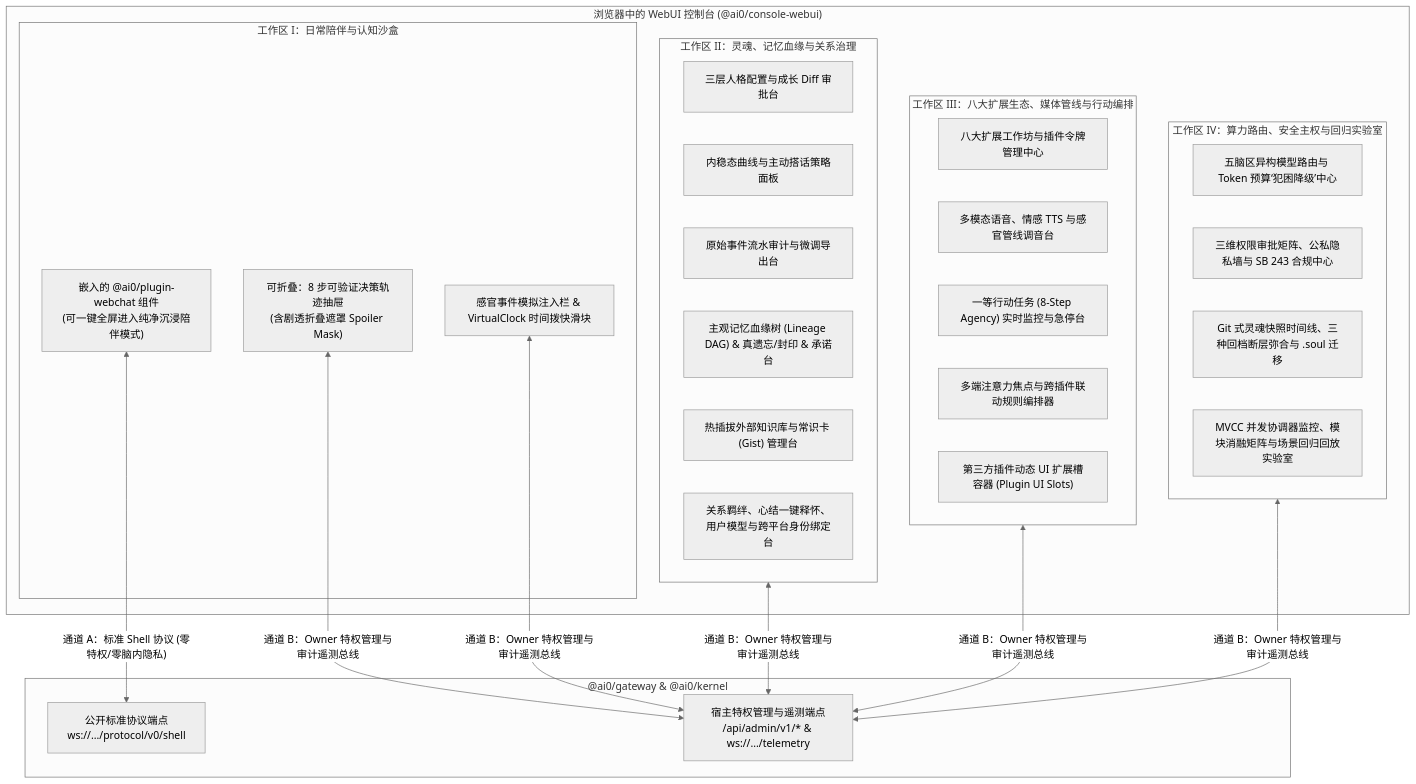
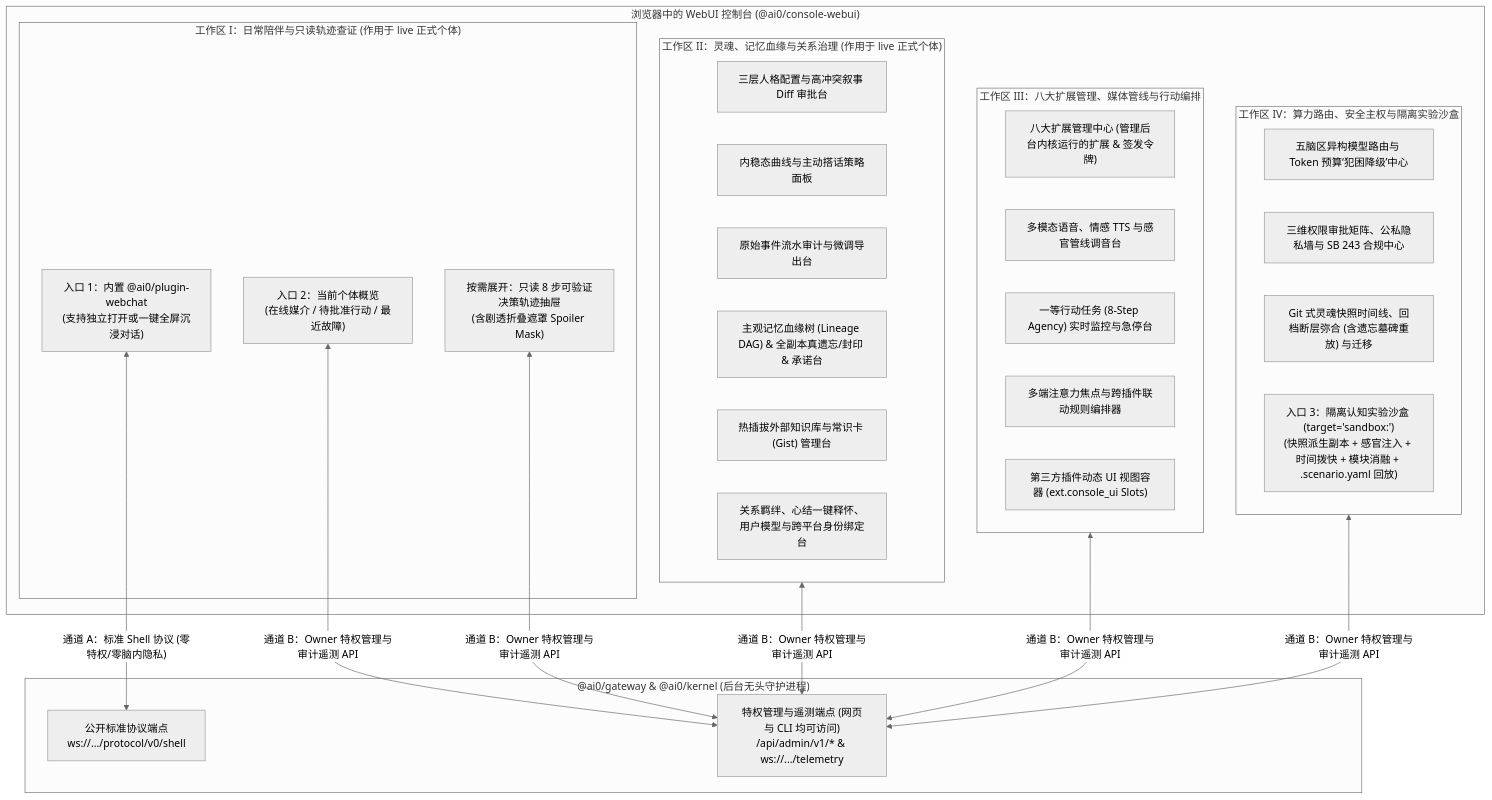
The diagram in docs/architecture/06-webui-console-and-observability-arch.md (reina0721/ai0), drawn with Mermaid (neutral theme) before and after one commit. The commit also changed other lines of this file and 6 other files, not shown here.

````diff
--- a/docs/architecture/06-webui-console-and-observability-arch.md
+++ b/docs/architecture/06-webui-console-and-observability-arch.md
@@ -11,42 +19,42 @@
 ```mermaid
 flowchart TB
     subgraph Browser["浏览器中的 WebUI 控制台 (@ai0/console-webui)"]
-        subgraph W1["工作区 I：日常陪伴与认知沙盒"]
-            WebChatEmbed["嵌入的 @ai0/plugin-webchat 组件<br/>(可一键全屏进入纯净沉浸陪伴模式)"]
-            TraceDrawer["可折叠：8 步可验证决策轨迹抽屉<br/>(含剧透折叠遮罩 Spoiler Mask)"]
-            SimBar["感官事件模拟注入栏 & VirtualClock 时间拨快滑块"]
+        subgraph W1["工作区 I：日常陪伴与只读轨迹查证 (作用于 live 正式个体)"]
+            WebChatEmbed["入口 1：内置 @ai0/plugin-webchat<br/>(支持独立打开或一键全屏沉浸对话)"]
+            LiveOverview["入口 2：当前个体概览<br/>(在线媒介 / 待批准行动 / 最近故障)"]
+            TraceDrawer["按需展开：只读 8 步可验证决策轨迹抽屉<br/>(含剧透折叠遮罩 Spoiler Mask)"]
         end
 
-        subgraph W2["工作区 II：灵魂、记忆血缘与关系治理"]
-            P5["三层人格配置与成长 Diff 审批台"]
+        subgraph W2["工作区 II：灵魂、记忆血缘与关系治理 (作用于 live 正式个体)"]
+            P5["三层人格配置与高冲突叙事 Diff 审批台"]
             P6["内稳态曲线与主动搭话策略面板"]
             P7["原始事件流水审计与微调导出台"]
-            P8["主观记忆血缘树 (Lineage DAG) & 真遗忘/封印 & 承诺台"]
+            P8["主观记忆血缘树 (Lineage DAG) & 全副本真遗忘/封印 & 承诺台"]
             P9["热插拔外部知识库与常识卡 (Gist) 管理台"]
             P10["关系羁绊、心结一键释怀、用户模型与跨平台身份绑定台"]
         end
 
-        subgraph W3["工作区 III：八大扩展生态、媒体管线与行动编排"]
-            P11["八大扩展工作坊与插件令牌管理中心"]
+        subgraph W3["工作区 III：八大扩展管理、媒体管线与行动编排"]
+            P11["八大扩展管理中心 (管理后台内核运行的扩展 & 签发令牌)"]
             P12["多模态语音、情感 TTS 与感官管线调音台"]
             P13["一等行动任务 (8-Step Agency) 实时监控与急停台"]
             P14["多端注意力焦点与跨插件联动规则编排器"]
-            P15["第三方插件动态 UI 扩展槽容器 (Plugin UI Slots)"]
+            P15["第三方插件动态 UI 视图容器 (ext.console_ui Slots)"]
         end
 
-        subgraph W4["工作区 IV：算力路由、安全主权与回归实验室"]
+        subgraph W4["工作区 IV：算力路由、安全主权与隔离实验沙盒"]
             P16["五脑区异构模型路由与 Token 预算‘犯困降级’中心"]
             P17["三维权限审批矩阵、公私隐私墙与 SB 243 合规中心"]
-            P18["Git 式灵魂快照时间线、三种回档断层弥合与 .soul 迁移"]
-            P19["MVCC 并发协调器监控、模块消融矩阵与场景回归回放实验室"]
+            P18["Git 式灵魂快照时间线、回档断层弥合 (含遗忘墓碑重放) 与迁移"]
+            P19["入口 3：隔离认知实验沙盒 (target='sandbox:<fork_id>')<br/>(快照派生副本 + 感官注入 + 时间拨快 + 模块消融 + .scenario.yaml 回放)"]
         end
     end
 
-    subgraph Backend["@ai0/gateway & @ai0/kernel"]
+    subgraph Backend["@ai0/gateway & @ai0/kernel (后台无头守护进程)"]
         PublicWS["公开标准协议端点<br/>ws://.../protocol/v0/shell"]
-        AdminBus["宿主特权管理与遥测端点<br/>/api/admin/v1/* & ws://.../telemetry"]
+        AdminBus["特权管理与遥测端点 (网页与 CLI 均可访问)<br/>/api/admin/v1/* & ws://.../telemetry"]
     end
 
     WebChatEmbed <-->|"通道 A：标准 Shell 协议 (零特权/零脑内隐私)"| PublicWS
-    TraceDrawer & SimBar & W2 & W3 & W4 <-->|"通道 B：Owner 特权管理与审计遥测总线"| AdminBus
+    LiveOverview & TraceDrawer & W2 & W3 & W4 <-->|"通道 B：Owner 特权管理与审计遥测 API"| AdminBus
 ```
````
